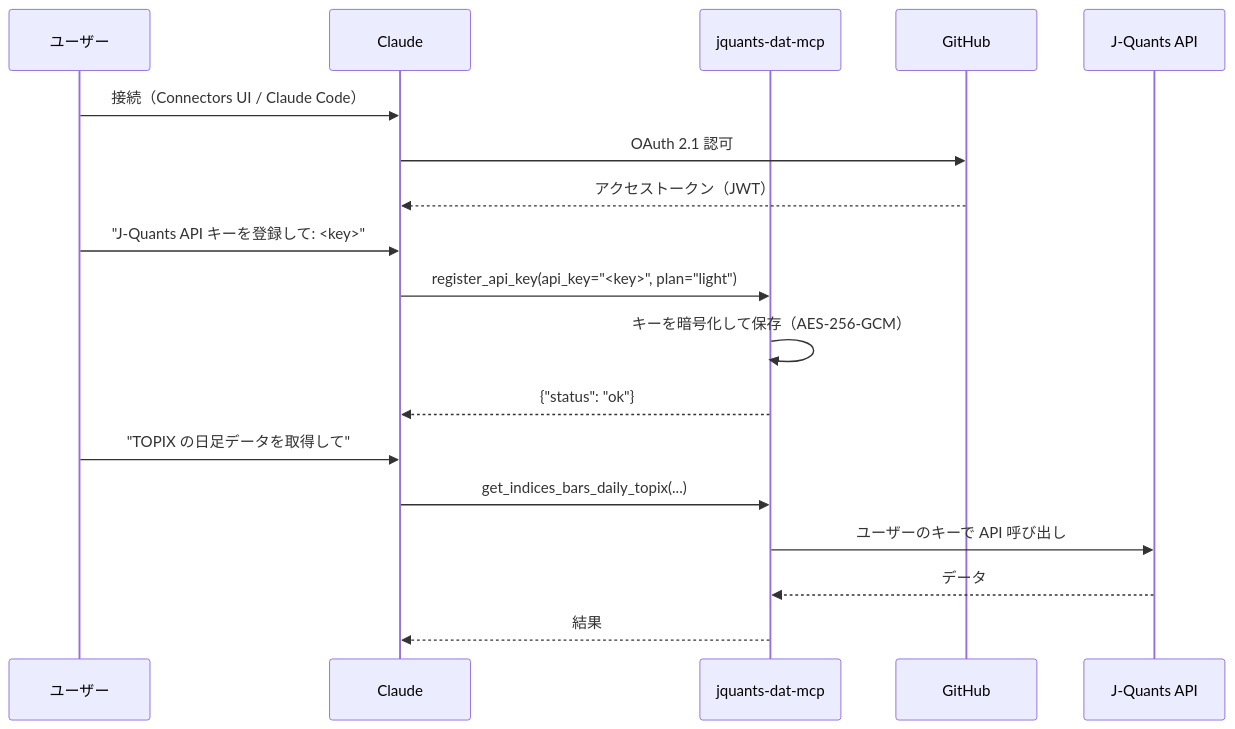
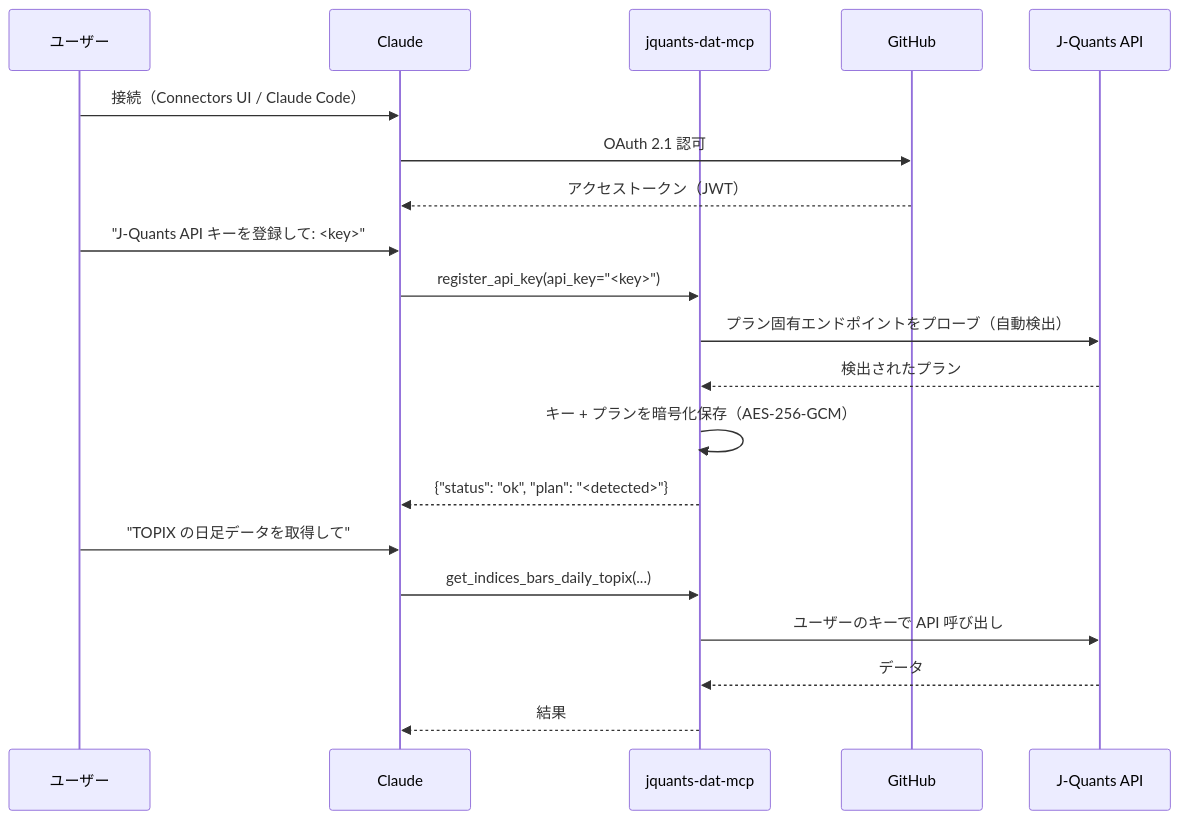
The first of 2 diagrams in README.ja.md (shigechika/jquants-mcp), drawn with Mermaid before and after one commit. The commit also changed other lines of this file and 2 other files, not shown here.

Commit message:
chore: drop plan argument from register_api_key (auto-detected) (#75)
The server has probed J-Quants endpoints to auto-detect the user's plan
since 2026-04-03, and the /settings web UI dropdown was removed in
cb9b633. The MCP tool still accepted a `plan` argument, but the value
was immediately overwritten by detect_plan() in the common case,
producing a misleading "claimed plan differs from detected plan"
warning when the Claude-provided default ("free") happened to differ
from reality. README examples also kept teaching users to pass it.

Remove the parameter from the tool signature, follow the same flow as
settings/routes.py handle_settings_post: save the user with plan="free"
as a seed, then overwrite with detect_plan() result. detect_plan()
probes endpoints from premium down to free and is independent of the
starting hint (validation.py:90).

README.md / README.ja.md: update the sequenceDiagram and the prose
around "Registering a key" to match the new behavior — no plan
argument, server probes the API and stores the detected plan.

All 356 tests pass.

````diff
--- a/README.ja.md
+++ b/README.ja.md
@@ -240,20 +240,22 @@
 ```mermaid
 sequenceDiagram
     participant U as ユーザー
     participant C as Claude
     participant S as jquants-dat-mcp
     participant G as GitHub
     participant J as J-Quants API
     U->>C: 接続（Connectors UI / Claude Code）
     C->>G: OAuth 2.1 認可
     G-->>C: アクセストークン（JWT）
     U->>C: "J-Quants API キーを登録して: <key>"
-    C->>S: register_api_key(api_key="<key>", plan="light")
-    S->>S: キーを暗号化して保存（AES-256-GCM）
-    S-->>C: {"status": "ok"}
+    C->>S: register_api_key(api_key="<key>")
+    S->>J: プラン固有エンドポイントをプローブ（自動検出）
+    J-->>S: 検出されたプラン
+    S->>S: キー + プランを暗号化保存（AES-256-GCM）
+    S-->>C: {"status": "ok", "plan": "<detected>"}
     U->>C: "TOPIX の日足データを取得して"
     C->>S: get_indices_bars_daily_topix(...)
     S->>J: ユーザーのキーで API 呼び出し
     J-->>S: データ
     S-->>C: 結果
 ```
````
